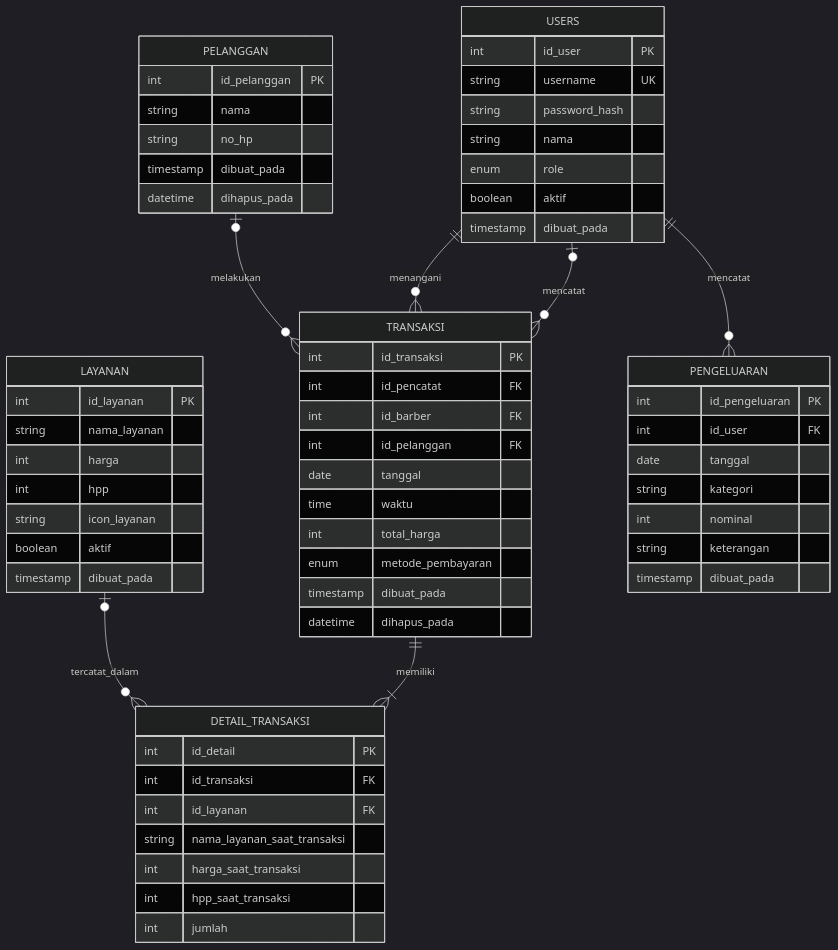
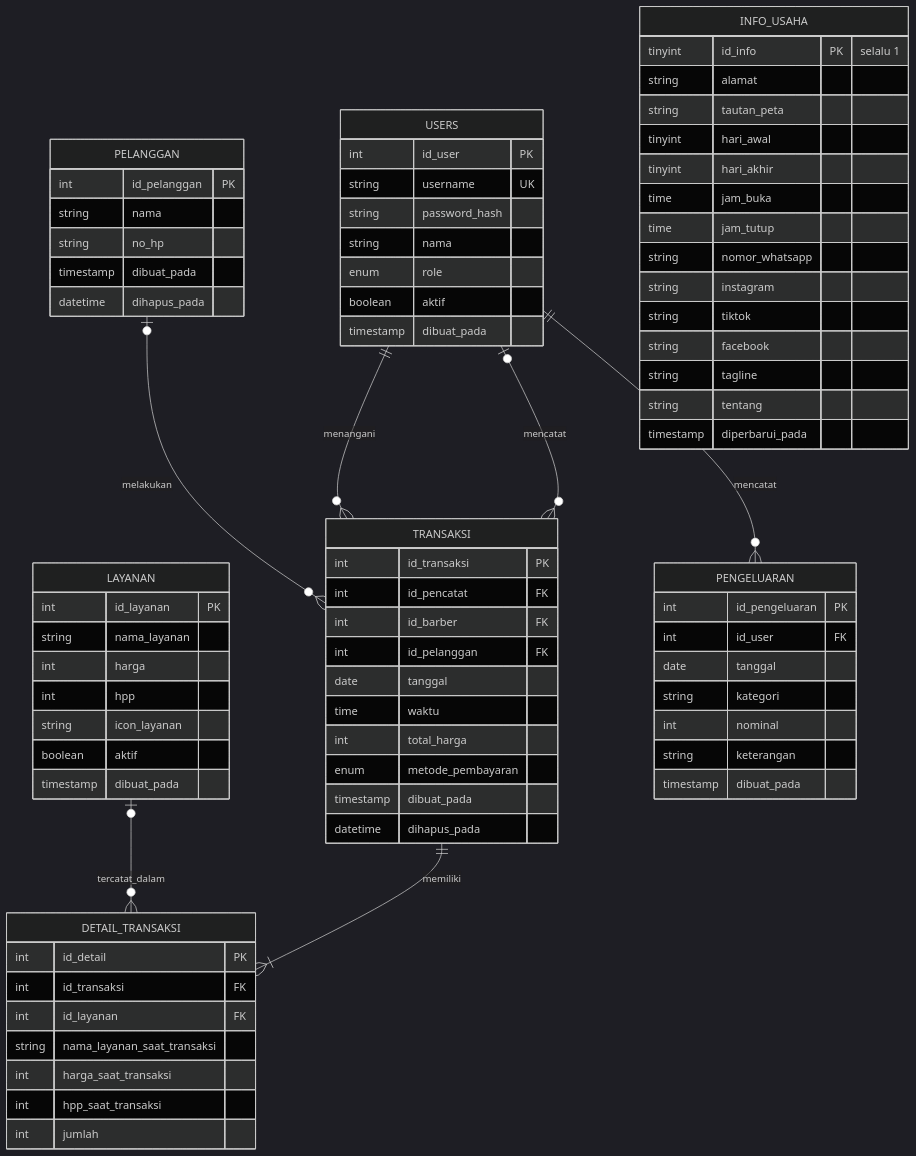
One commit to Faqih-Huddin-SM/KELOMPOK-5 changed the diagram in database/ERD.md. Above: the diagram before and after it, drawn with Mermaid (dark theme). The commit also changed 4 other files, not shown here.

First line of the commit message:
feat(6.6.3): endpoint info usaha (owner simpan, publik baca)

````diff
--- a/database/ERD.md
+++ b/database/ERD.md
@@ -69,4 +69,20 @@
         string keterangan
         timestamp dibuat_pada
     }
+        INFO_USAHA {
+        tinyint id_info PK "selalu 1"
+        string alamat
+        string tautan_peta
+        tinyint hari_awal
+        tinyint hari_akhir
+        time jam_buka
+        time jam_tutup
+        string nomor_whatsapp
+        string instagram
+        string tiktok
+        string facebook
+        string tagline
+        string tentang
+        timestamp diperbarui_pada
+    }
 ```
````
